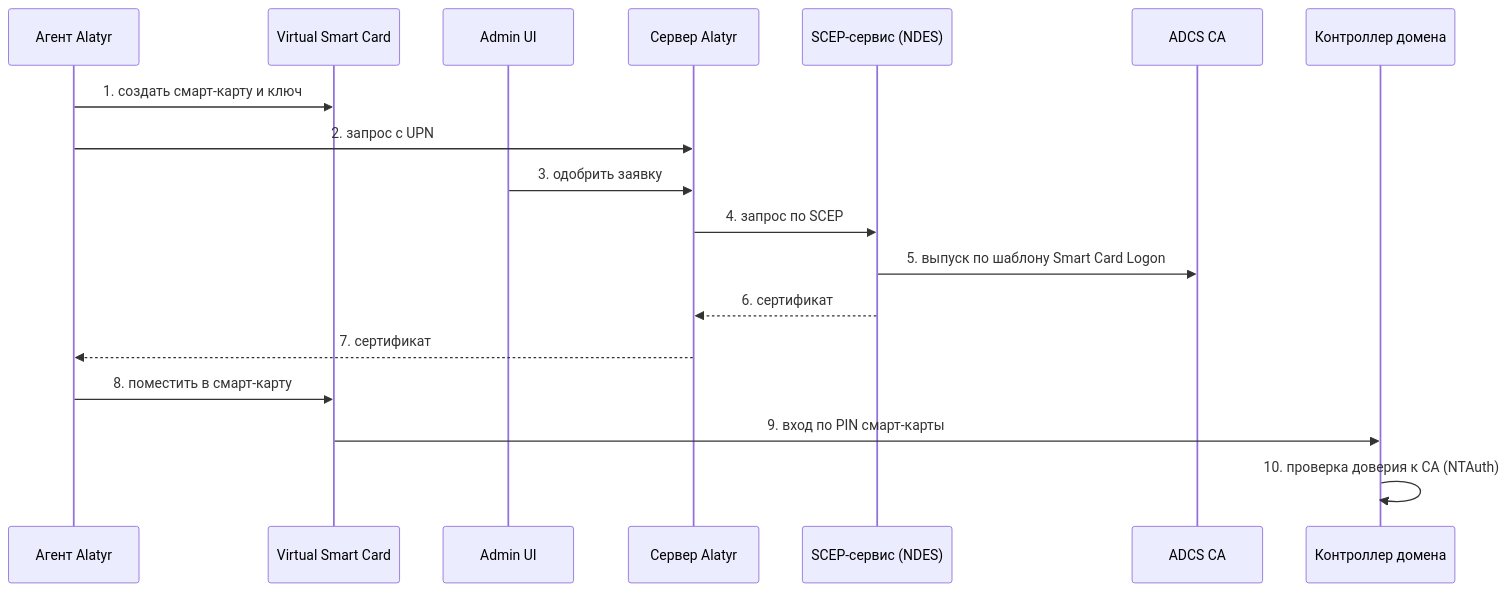
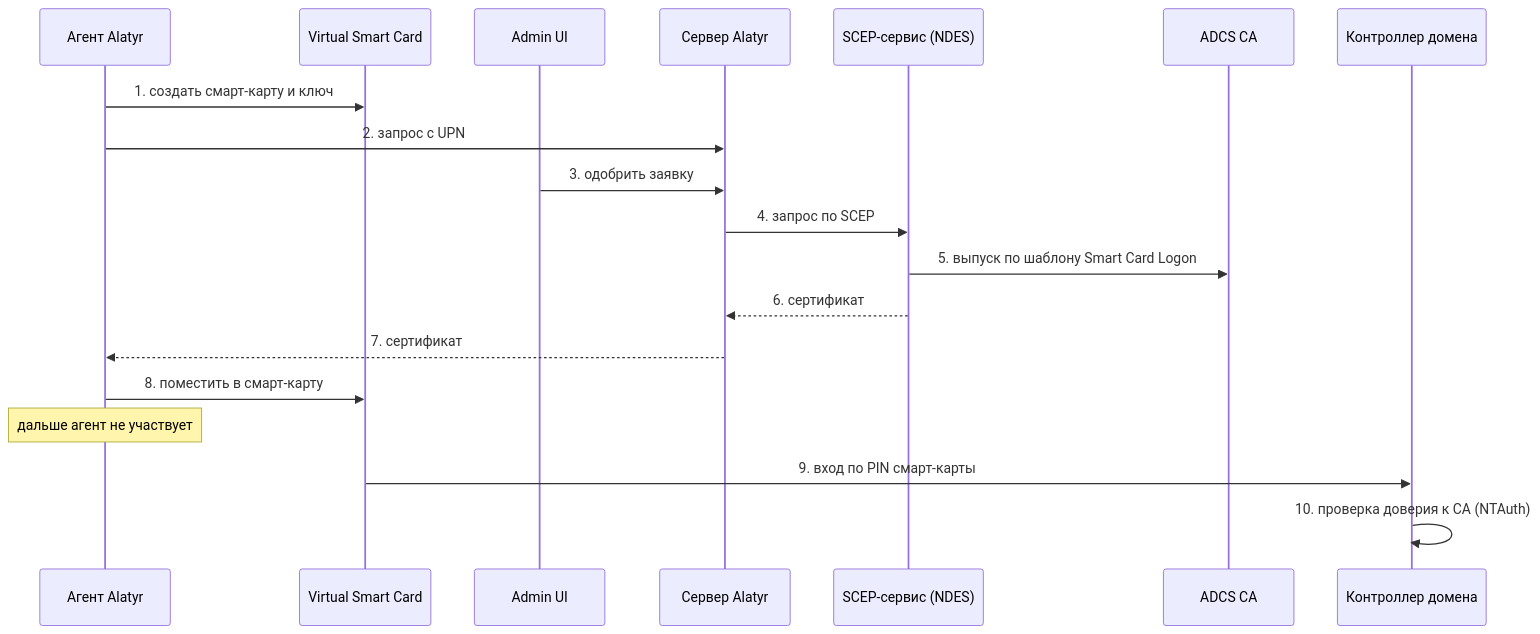
One commit to s3m4rgl/alatyr-docs changed the sixth of 9 diagrams in docs/use-cases.md. Above: the diagram before and after it, drawn with Mermaid. The commit also changed other lines of this file and 3 other files, not shown here.

First line of the commit message:
fix(схемы): агент убран из пути использования, починены отрисовка и тёмная тема

````diff
--- a/docs/use-cases.md
+++ b/docs/use-cases.md
@@ -297,21 +323,22 @@
 ```mermaid
 sequenceDiagram
     participant Agent as Агент Alatyr
     participant VSC as Virtual Smart Card
     participant Admin as Admin UI
     participant Server as Сервер Alatyr
     participant NDES as SCEP-сервис (NDES)
     participant ADCS as ADCS CA
     participant DC as Контроллер домена
 
     Agent->>VSC: 1. создать смарт-карту и ключ
     Agent->>Server: 2. запрос с UPN
     Admin->>Server: 3. одобрить заявку
     Server->>NDES: 4. запрос по SCEP
     NDES->>ADCS: 5. выпуск по шаблону Smart Card Logon
     NDES-->>Server: 6. сертификат
     Server-->>Agent: 7. сертификат
     Agent->>VSC: 8. поместить в смарт-карту
+    Note over Agent: дальше агент не участвует
     VSC->>DC: 9. вход по PIN смарт-карты
     DC->>DC: 10. проверка доверия к CA (NTAuth)
 ```
````
